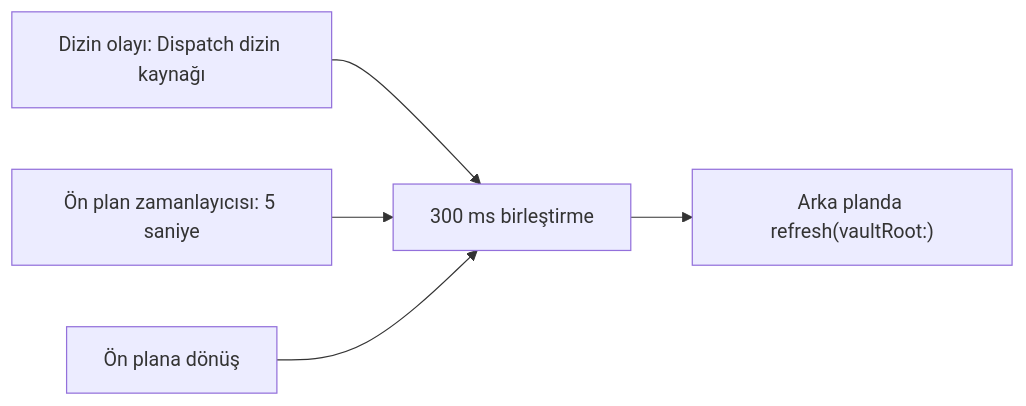
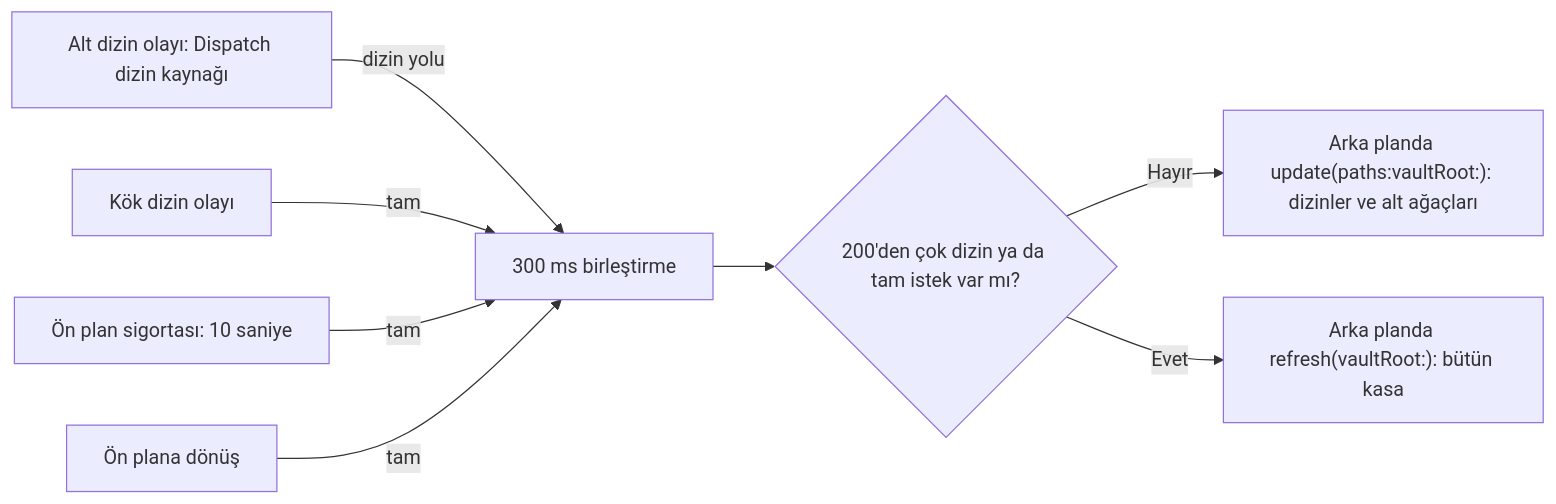
Before and after one commit to dogancanyildiz/kenet: the fourth of 18 diagrams in docs/architecture.md, drawn with Mermaid. The commit also changed other lines of this file and 8 other files, not shown here.

````diff
--- a/docs/architecture.md
+++ b/docs/architecture.md
@@ -142,7 +142,10 @@
 ```mermaid
 flowchart LR
-  Dizin["Dizin olayı: Dispatch dizin kaynağı"] --> Birlestir["300 ms birleştirme"]
-  Zamanlayici["Ön plan zamanlayıcısı: 5 saniye"] --> Birlestir
-  OnPlan["Ön plana dönüş"] --> Birlestir
-  Birlestir --> Yenile["Arka planda refresh(vaultRoot:)"]
+  Dizin["Alt dizin olayı: Dispatch dizin kaynağı"] -->|"dizin yolu"| Birlestir["300 ms birleştirme"]
+  Kok["Kök dizin olayı"] -->|"tam"| Birlestir
+  Zamanlayici["Ön plan sigortası: 10 saniye"] -->|"tam"| Birlestir
+  OnPlan["Ön plana dönüş"] -->|"tam"| Birlestir
+  Birlestir --> Esik{"200'den çok dizin ya da tam istek var mı?"}
+  Esik -- Hayır --> Kapsamli["Arka planda update(paths:vaultRoot:): dizinler ve alt ağaçları"]
+  Esik -- Evet --> Tam["Arka planda refresh(vaultRoot:): bütün kasa"]
 ```
````
